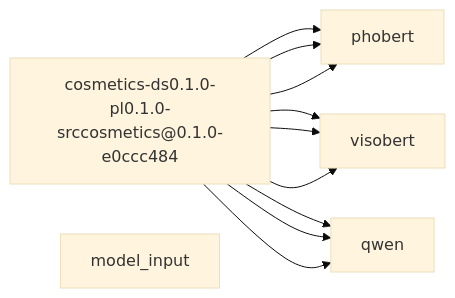
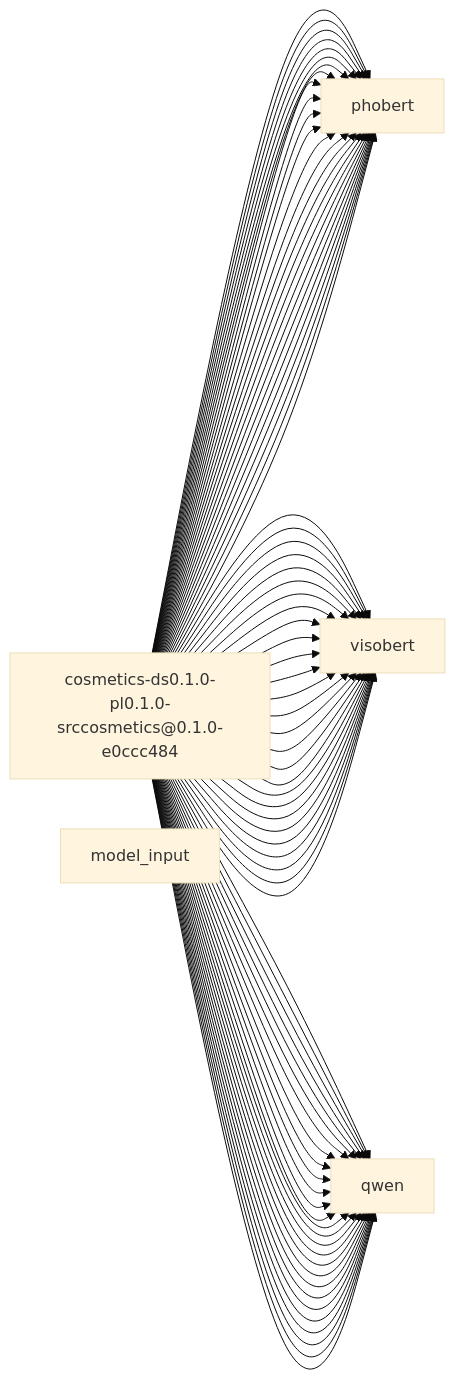
One commit to TrieuKhac-dev/SentimentX changed the diagram in data/reports/model_input/model_input.md. Above: the diagram before and after it, drawn with Mermaid (base theme). The commit also changed 24 other files, not shown here.

````diff
--- a/data/reports/model_input/model_input.md
+++ b/data/reports/model_input/model_input.md
@@ -16,4 +16,76 @@
   n1 --> n4
   n1 --> n4
   n1 --> n4
+  n1 --> n2
+  n1 --> n2
+  n1 --> n2
+  n1 --> n3
+  n1 --> n3
+  n1 --> n3
+  n1 --> n4
+  n1 --> n4
+  n1 --> n4
+  n1 --> n2
+  n1 --> n2
+  n1 --> n2
+  n1 --> n3
+  n1 --> n3
+  n1 --> n3
+  n1 --> n4
+  n1 --> n4
+  n1 --> n4
+  n1 --> n2
+  n1 --> n2
+  n1 --> n2
+  n1 --> n3
+  n1 --> n3
+  n1 --> n3
+  n1 --> n4
+  n1 --> n4
+  n1 --> n4
+  n1 --> n2
+  n1 --> n2
+  n1 --> n2
+  n1 --> n3
+  n1 --> n3
+  n1 --> n3
+  n1 --> n4
+  n1 --> n4
+  n1 --> n4
+  n1 --> n2
+  n1 --> n2
+  n1 --> n2
+  n1 --> n3
+  n1 --> n3
+  n1 --> n3
+  n1 --> n4
+  n1 --> n4
+  n1 --> n4
+  n1 --> n2
+  n1 --> n2
+  n1 --> n2
+  n1 --> n3
+  n1 --> n3
+  n1 --> n3
+  n1 --> n4
+  n1 --> n4
+  n1 --> n4
+  n1 --> n2
+  n1 --> n2
+  n1 --> n2
+  n1 --> n3
+  n1 --> n3
+  n1 --> n3
+  n1 --> n4
+  n1 --> n4
+  n1 --> n4
+  n1 --> n2
+  n1 --> n2
+  n1 --> n2
+  n1 --> n3
+  n1 --> n3
+  n1 --> n3
+  n1 --> n4
+  n1 --> n4
+  n1 --> n4
 ```
````
